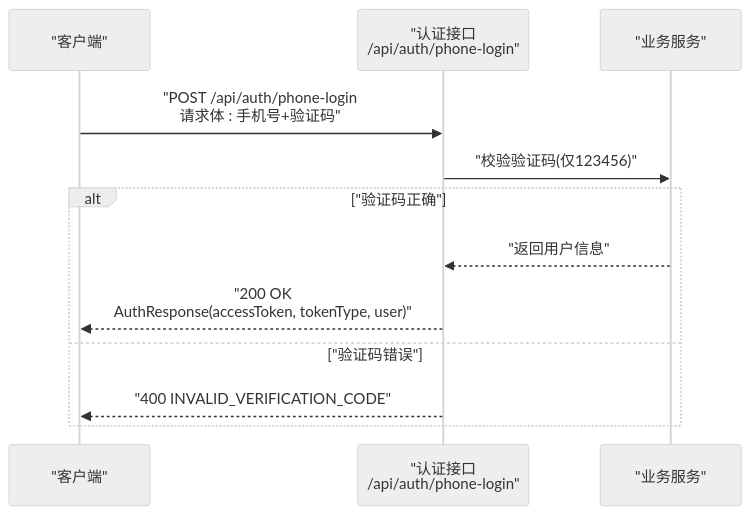
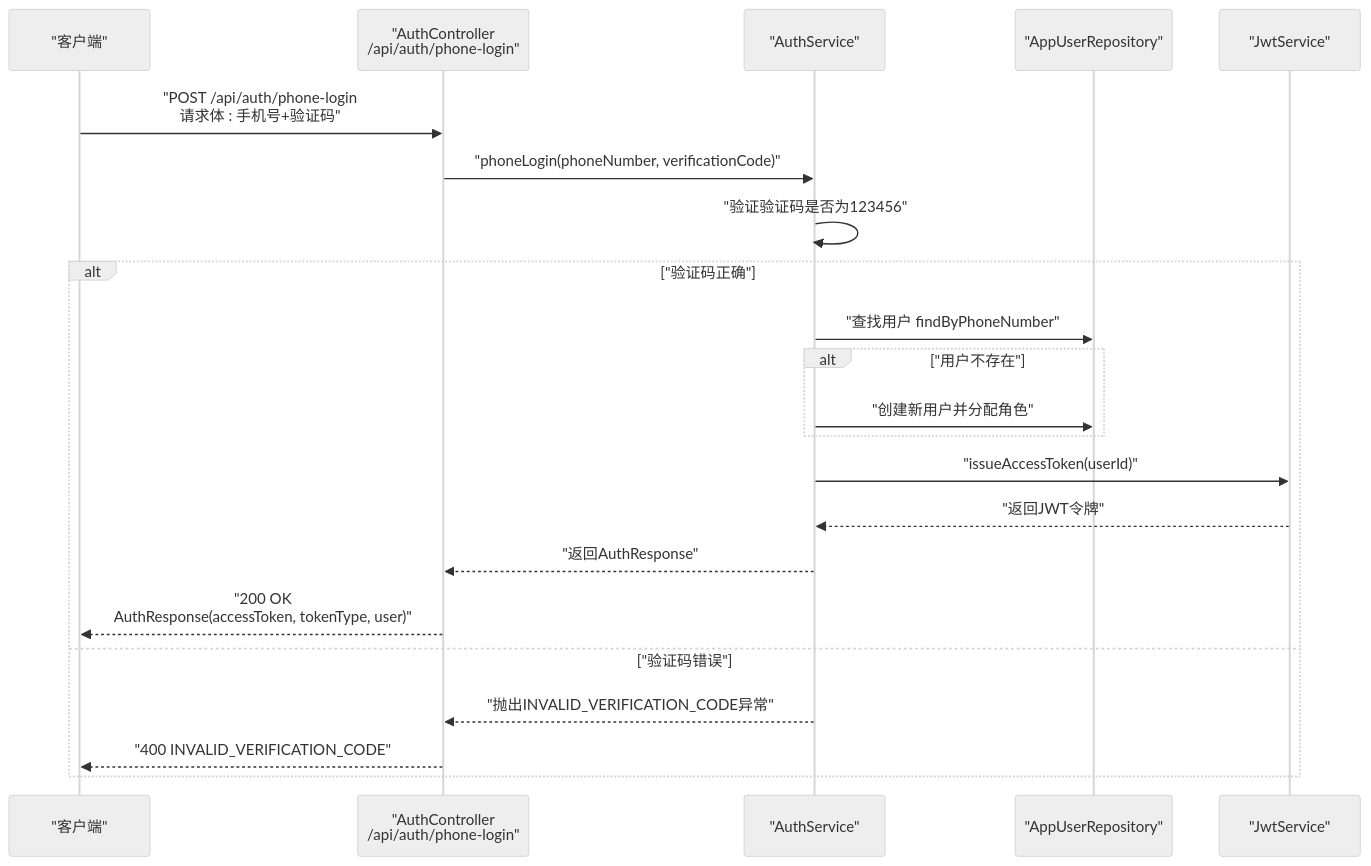
One commit to Jayden23018/blind-run-ios changed the third of 6 diagrams in .qoder/repowiki/zh/content/API 接口文档/认证接口.md. Above: the diagram before and after it, drawn with Mermaid (neutral theme). The commit also changed other lines of this file and 22 other files, not shown here.

````diff
--- a/.qoder/repowiki/zh/content/API 接口文档/认证接口.md
+++ b/.qoder/repowiki/zh/content/API 接口文档/认证接口.md
@@ -137,14 +205,24 @@
 ```mermaid
 sequenceDiagram
 participant C as "客户端"
-participant A as "认证接口<br/>/api/auth/phone-login"
-participant S as "业务服务"
+participant A as "AuthController<br/>/api/auth/phone-login"
+participant S as "AuthService"
+participant R as "AppUserRepository"
+participant J as "JwtService"
 C->>A : "POST /api/auth/phone-login<br/>请求体 : 手机号+验证码"
-A->>S : "校验验证码(仅123456)"
+A->>S : "phoneLogin(phoneNumber, verificationCode)"
+S->>S : "验证验证码是否为123456"
 alt "验证码正确"
-S-->>A : "返回用户信息"
+S->>R : "查找用户 findByPhoneNumber"
+alt "用户不存在"
+S->>R : "创建新用户并分配角色"
+end
+S->>J : "issueAccessToken(userId)"
+J-->>S : "返回JWT令牌"
+S-->>A : "返回AuthResponse"
 A-->>C : "200 OK<br/>AuthResponse(accessToken, tokenType, user)"
 else "验证码错误"
+S-->>A : "抛出INVALID_VERIFICATION_CODE异常"
 A-->>C : "400 INVALID_VERIFICATION_CODE"
 end
 ```
````
